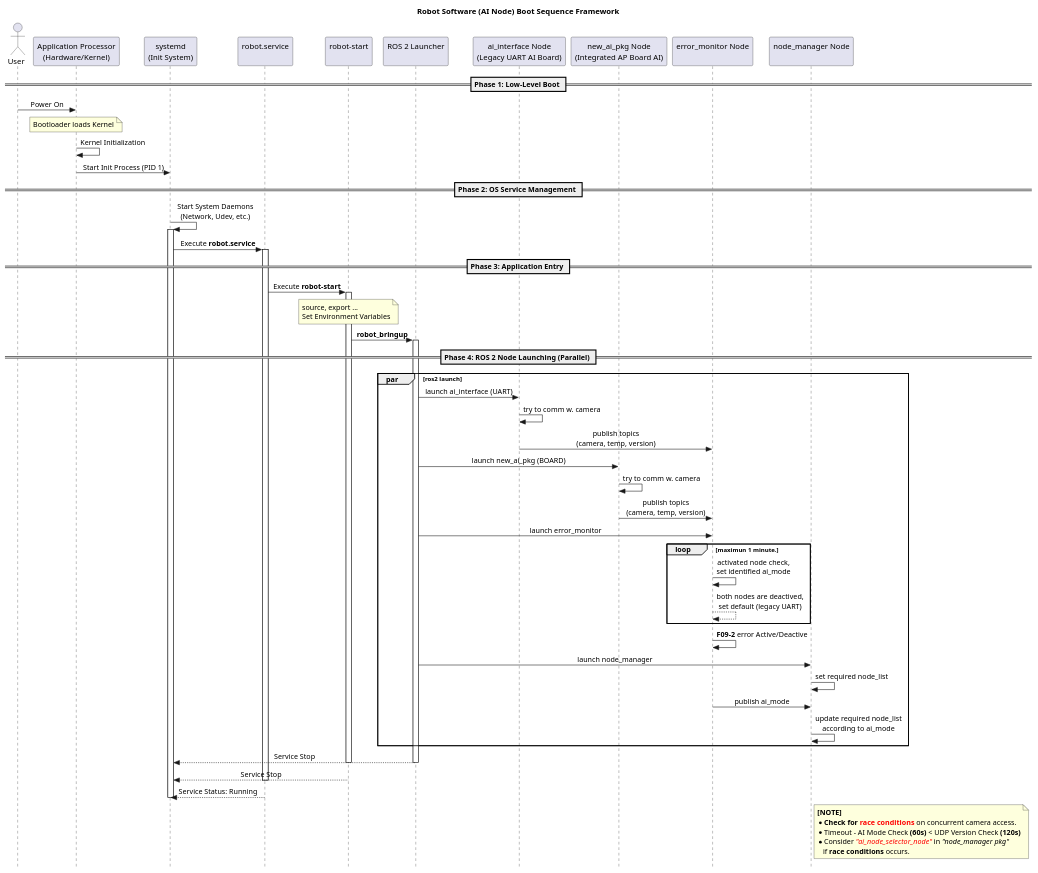
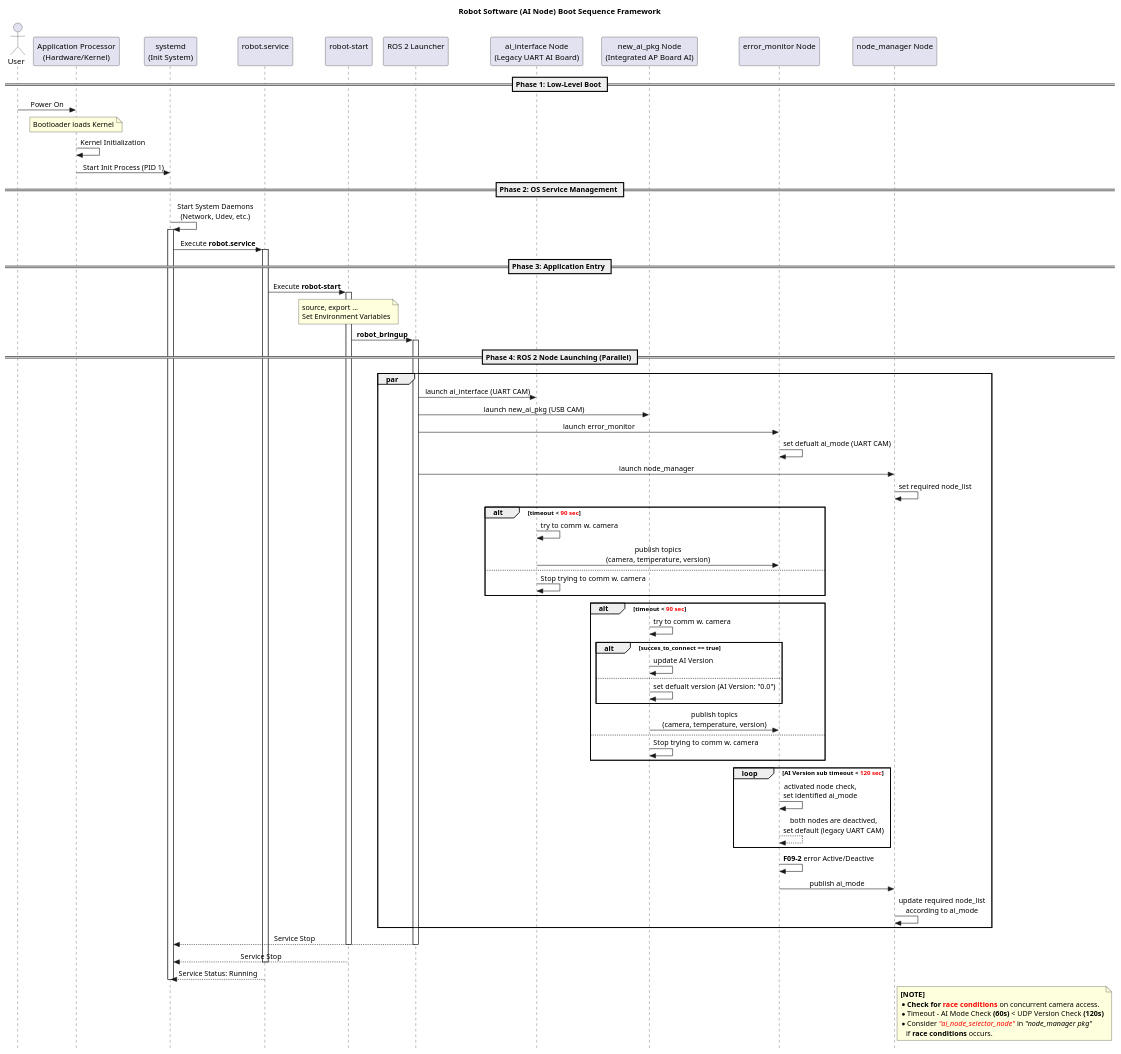
One commit to Hwan-Yeong/airbot_hyjoe_ws changed the diagram in docs/ap_ai_integration_booting_sequence_diagram.puml. Above: the diagram before and after it, drawn with PlantUML.

Commit message:
update ap_ai 보드 통합 ai 노드 부팅 시퀀스

```diff
--- a/docs/ap_ai_integration_booting_sequence_diagram.puml
+++ b/docs/ap_ai_integration_booting_sequence_diagram.puml
@@ -1,83 +1,102 @@
 @startuml
 ' 스타일 설정: 가독성을 위해 테마를 살짝 입힙니다.
 skinparam Style strictuml
 skinparam SequenceMessageAlignment center
 skinparam DefaultFontName "Verdana"
 
 title Robot Software (AI Node) Boot Sequence Framework
 
 ' 참여 객체 정의 (Participants)
 actor "User" as User
 participant "Application Processor\n(Hardware/Kernel)" as AP
 participant "systemd\n(Init System)" as Systemd
 participant "robot.service\n" as Service
 participant "robot-start\n" as Script
 participant "ROS 2 Launcher\n" as Launch
 participant "ai_interface Node\n(Legacy UART AI Board)" as Nodes_uart_ai
 participant "new_ai_pkg Node\n(Integrated AP Board AI)" as Nodes_new_ai
 participant "error_monitor Node\n" as Nodes_error_monitor
 participant "node_manager Node\n" as Nodes_node_manager
 
 == Phase 1: Low-Level Boot ==
 ' AP 부팅 및 커널 로드 과정
 User -> AP : Power On
 note over AP : Bootloader loads Kernel
 AP -> AP : Kernel Initialization
 AP -> Systemd : Start Init Process (PID 1)
 
 == Phase 2: OS Service Management ==
 ' 시스템 데몬 및 서비스 시작
 Systemd -> Systemd : Start System Daemons\n(Network, Udev, etc.)
 activate Systemd
   Systemd -> Service : Execute **robot.service**
   activate Service
     == Phase 3: Application Entry ==
     ' 로봇 스크립트 실행 및 ROS 2 환경 구성
     Service -> Script : Execute **robot-start**
     activate Script
       note over Script
         source, export ...
         Set Environment Variables
       end note
       
       Script -> Launch : **robot_bringup**
       activate Launch
       
       == Phase 4: ROS 2 Node Launching (Parallel) ==
       ' 여러 노드가 동시에 실행되는 구간
-      par ros2 launch
-        Launch -> Nodes_uart_ai : launch ai_interface (UART)
-        Nodes_uart_ai -> Nodes_uart_ai : try to comm w. camera
-        Nodes_uart_ai -> Nodes_error_monitor : publish topics\n(camera, temp, version)
-        Launch -> Nodes_new_ai : launch new_ai_pkg (BOARD)
-        Nodes_new_ai -> Nodes_new_ai : try to comm w. camera
-        Nodes_new_ai -> Nodes_error_monitor : publish topics\n(camera, temp, version)
+      par
+        Launch -> Nodes_uart_ai : launch ai_interface (UART CAM)
+        Launch -> Nodes_new_ai : launch new_ai_pkg (USB CAM)
         Launch -> Nodes_error_monitor : launch error_monitor
-        ' 활성화 된 노드가 무엇인지 최대 1분까지 체크.
-        loop maximun 1 minute.
+        Nodes_error_monitor -> Nodes_error_monitor : set defualt ai_mode (UART CAM)
+        Launch -> Nodes_node_manager : launch node_manager
+        Nodes_node_manager -> Nodes_node_manager : set required node_list
+
+        alt timeout < <color:red>90 sec</color> 
+          Nodes_uart_ai -> Nodes_uart_ai : try to comm w. camera
+          Nodes_uart_ai -> Nodes_error_monitor : publish topics\n(camera, temperature, version)
+        else
+          Nodes_uart_ai -> Nodes_uart_ai : Stop trying to comm w. camera
+        end
+
+        alt timeout < <color:red>90 sec</color>
+          Nodes_new_ai -> Nodes_new_ai : try to comm w. camera
+
+          alt succes_to_connect == true
+            Nodes_new_ai -> Nodes_new_ai : update AI Version
+          else 
+            Nodes_new_ai -> Nodes_new_ai : set defualt version (AI Version: "0.0")
+          end
+
+          Nodes_new_ai -> Nodes_error_monitor : publish topics\n(camera, temperature, version)
+        else
+          Nodes_new_ai -> Nodes_new_ai : Stop trying to comm w. camera
+        end
+          
+        ' 활성화 된 노드가 무엇인지 체크
+        loop AI Version sub timeout < <color:red>120 sec</color>
           Nodes_error_monitor -> Nodes_error_monitor : activated node check,\nset identified ai_mode
-          Nodes_error_monitor --> Nodes_error_monitor : both nodes are deactived,\nset default (legacy UART)
+          Nodes_error_monitor --> Nodes_error_monitor : both nodes are deactived,\nset default (legacy UART CAM)
         end
         Nodes_error_monitor -> Nodes_error_monitor : **F09-2** error Active/Deactive
-        Launch -> Nodes_node_manager : launch node_manager
-        Nodes_node_manager -> Nodes_node_manager : set required node_list
         Nodes_error_monitor -> Nodes_node_manager : publish ai_mode
         Nodes_node_manager -> Nodes_node_manager : update required node_list\naccording to ai_mode
       end
       Launch --> Systemd : Service Stop
       deactivate Launch
     deactivate Script
     Script --> Systemd : Service Stop
   deactivate Service
   Service --> Systemd : Service Status: Running
 deactivate Systemd
 
 note right Nodes_node_manager
   **[NOTE]**
   * **Check for <color:red>race conditions</color>** on concurrent camera access.
   * Timeout - AI Mode Check **(60s)** < UDP Version Check **(120s)**
   * Consider //<color:red>"ai_node_selector_node"</color>// in //"node_manager pkg"//
      if **race conditions** occurs.
 end note
 
 @enduml
```
